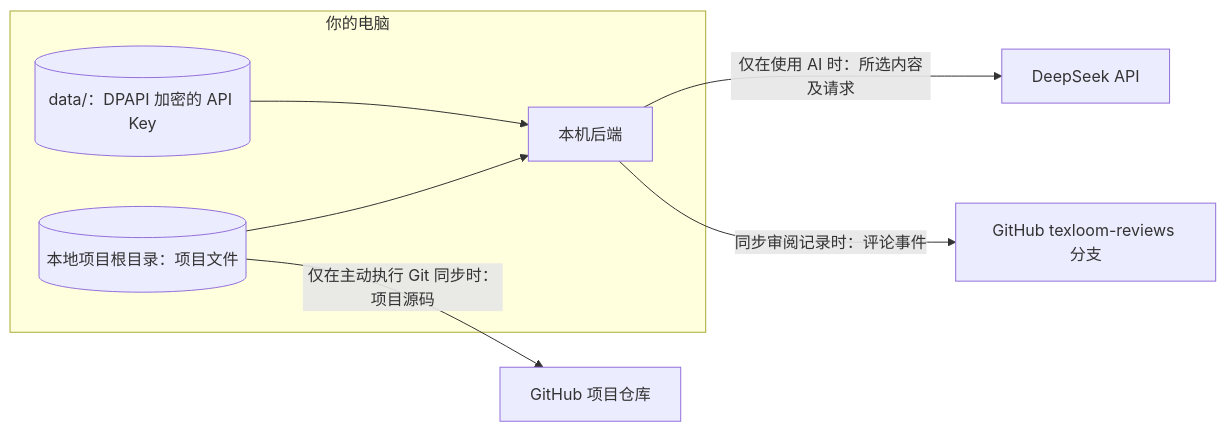
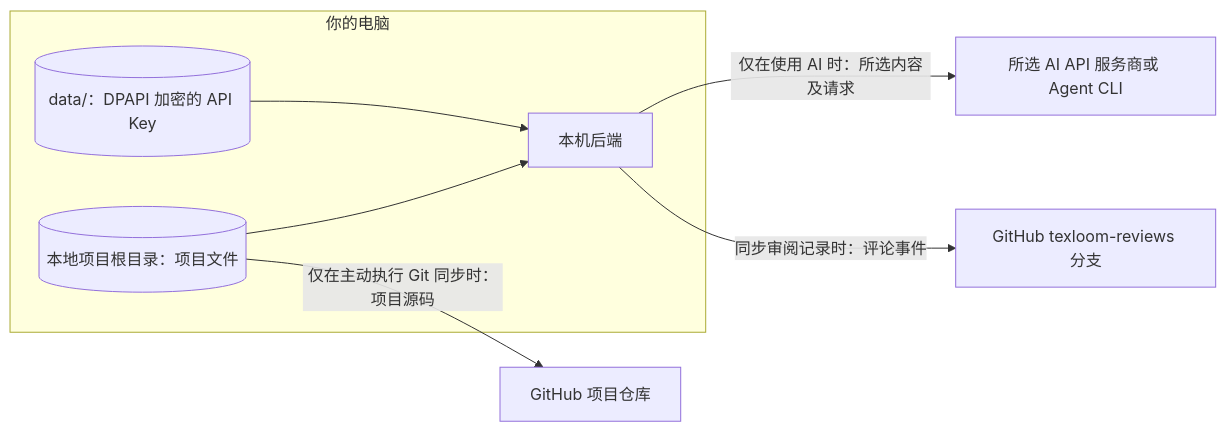
Before and after one commit to StuBoo3i/TeXloom: the second of 2 diagrams in README.md, drawn with Mermaid. The commit also changed other lines of this file and 35 other files, not shown here.

````diff
--- a/README.md
+++ b/README.md
@@ -79,13 +108,13 @@
 ```mermaid
 flowchart LR
     subgraph PC["你的电脑"]
       P[("本地项目根目录：项目文件")]
       K[("data/：DPAPI 加密的 API Key")]
       A["本机后端"]
       P --> A
       K --> A
     end
-    A -->|"仅在使用 AI 时：所选内容及请求"| D["DeepSeek API"]
+    A -->|"仅在使用 AI 时：所选内容及请求"| D["所选 AI API 服务商或 Agent CLI"]
     P -->|"仅在主动执行 Git 同步时：项目源码"| G["GitHub 项目仓库"]
     A -->|"同步审阅记录时：评论事件"| R["GitHub texloom-reviews 分支"]
 ```
````
